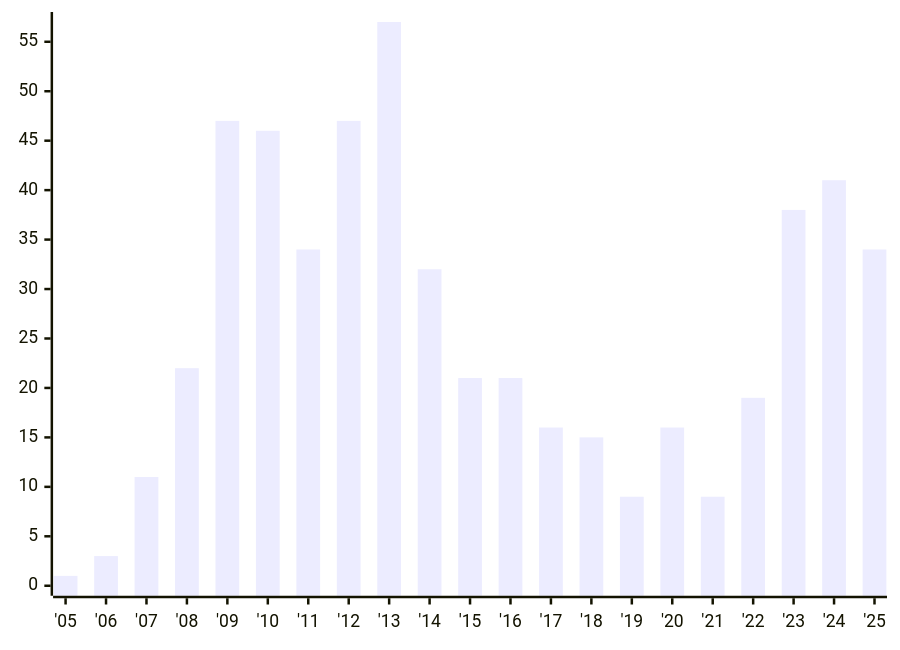
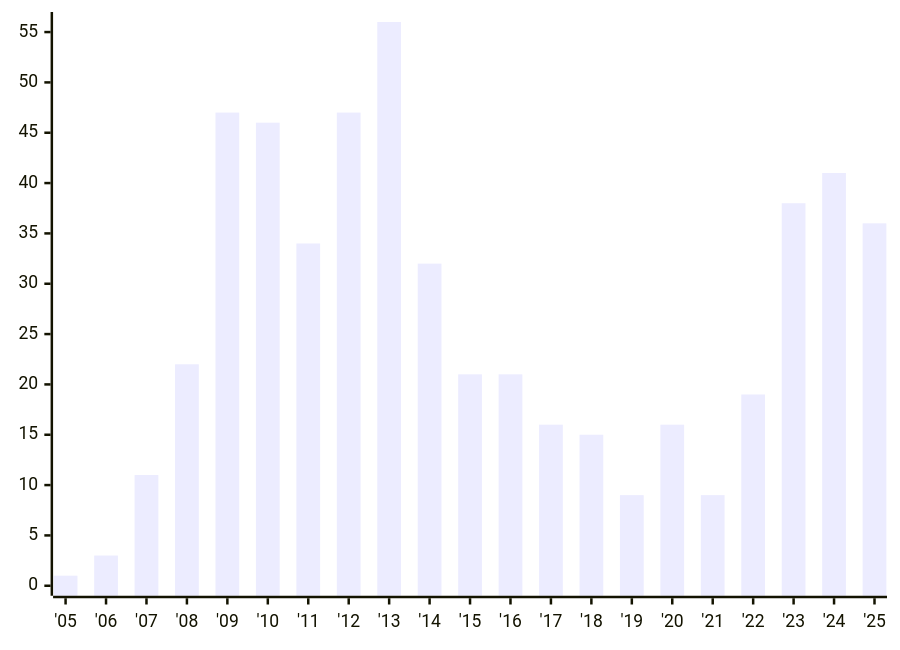
One commit to austrellum/navigator changed the first of 4 diagrams in index.stats.md. Above: the diagram before and after it, drawn with Mermaid. The commit also changed other lines of this file and 8 other files, not shown here.

````diff
--- a/index.stats.md
+++ b/index.stats.md
@@ -7,6 +7,6 @@
 ```mermaid
 xychart-beta
   x-axis ["'05","'06","'07","'08","'09","'10","'11","'12","'13","'14","'15","'16","'17","'18","'19","'20","'21","'22","'23","'24","'25"]
-  y-axis 0 --> 57
-  bar [1,3,11,22,47,46,34,47,57,32,21,21,16,15,9,16,9,19,38,41,34]
+  y-axis 0 --> 56
+  bar [1,3,11,22,47,46,34,47,56,32,21,21,16,15,9,16,9,19,38,41,36]
 ```
````
